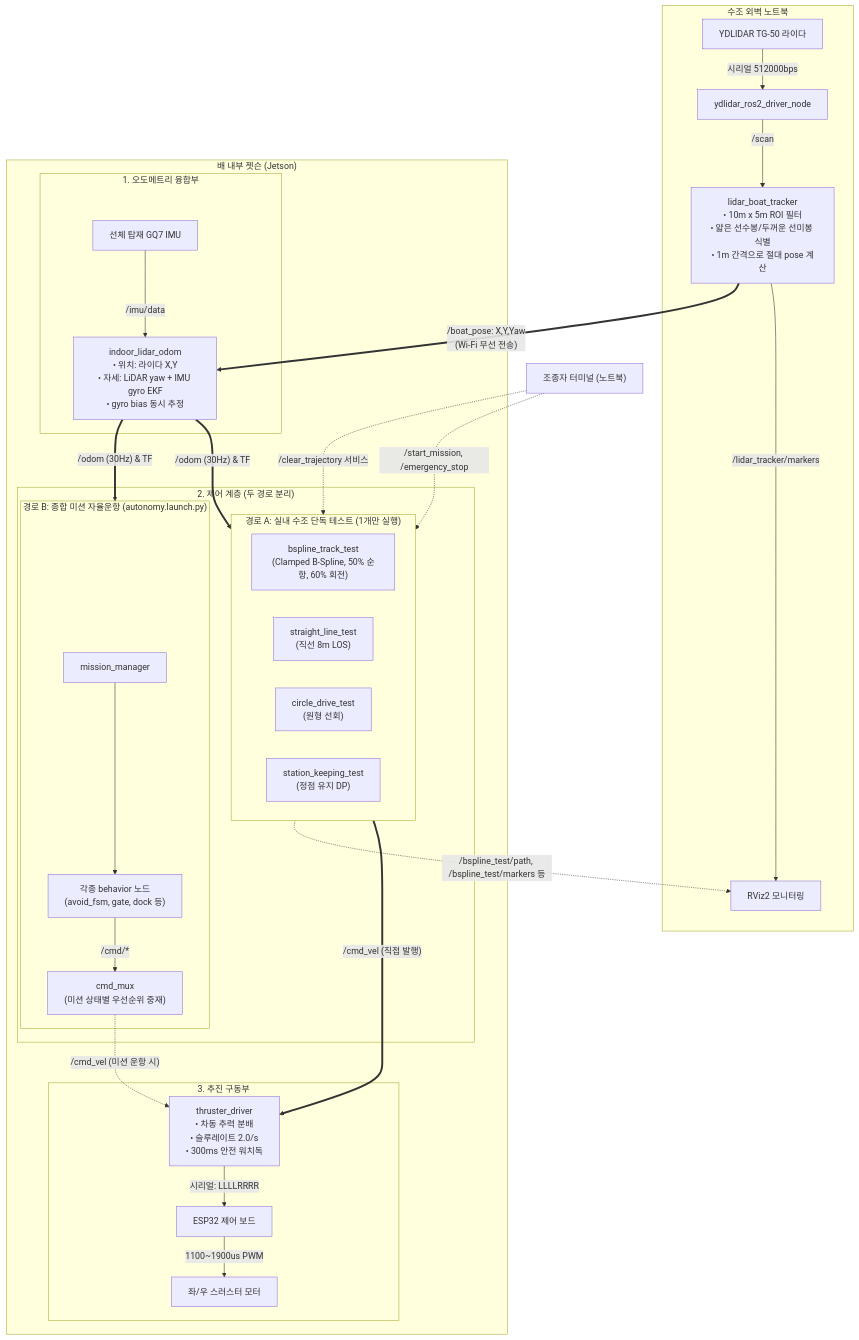
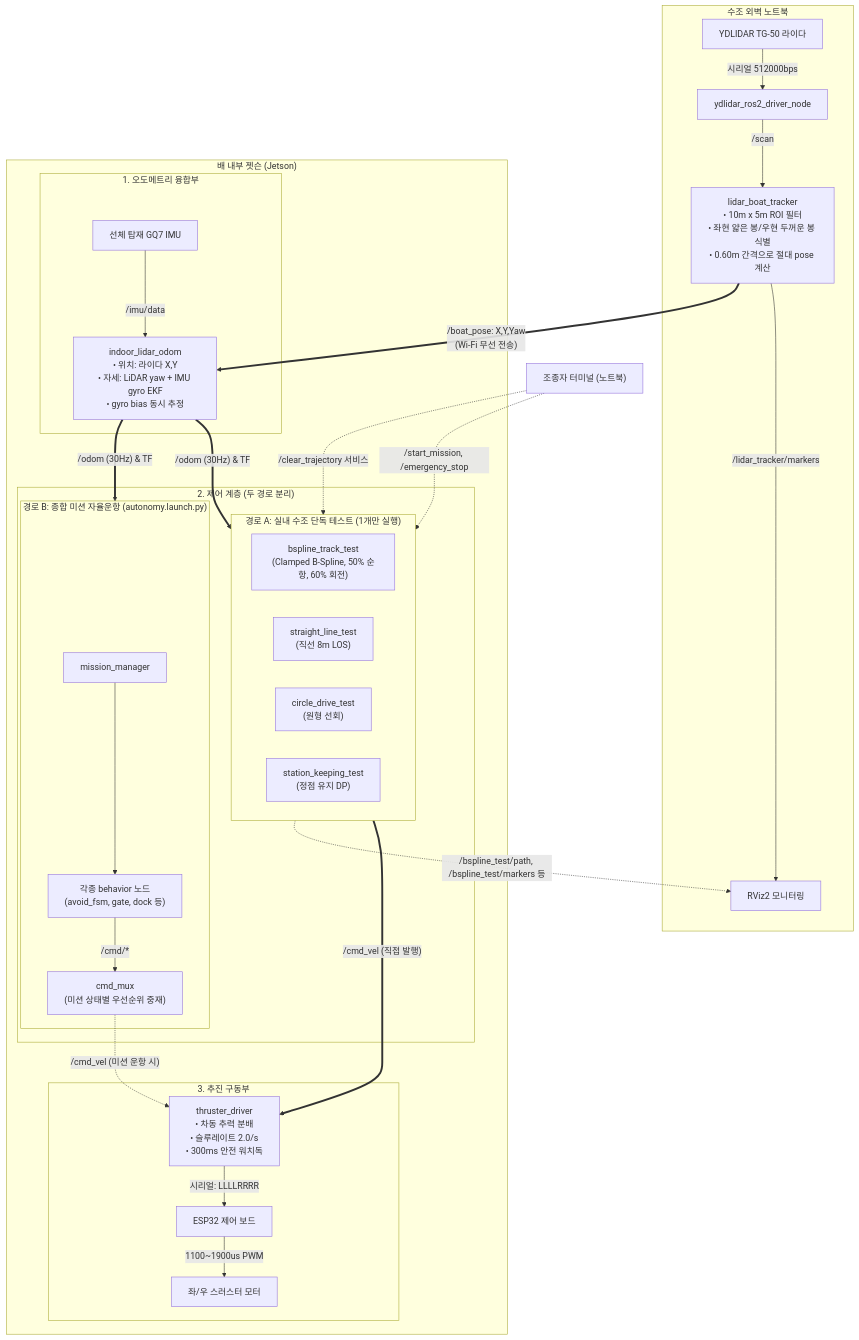
The diagram in SYSTEM_DATAFLOW.md (pegguiitar/kaboat_ws), drawn with Mermaid before and after one commit. The commit also changed other lines of this file and 11 other files, not shown here.

````diff
--- a/SYSTEM_DATAFLOW.md
+++ b/SYSTEM_DATAFLOW.md
@@ -64,46 +64,46 @@
 ```mermaid
 flowchart TD
     subgraph LAPTOP ["수조 외벽 노트북"]
         LidarHW["YDLIDAR TG-50 라이다"] -->|"시리얼 512000bps"| Driver["ydlidar_ros2_driver_node"]
-        Driver -->|"/scan"| Tracker["lidar_boat_tracker<br/>• 10m x 5m ROI 필터<br/>• 얇은 선수봉/두꺼운 선미봉 식별<br/>• 1m 간격으로 절대 pose 계산"]
+        Driver -->|"/scan"| Tracker["lidar_boat_tracker<br/>• 10m x 5m ROI 필터<br/>• 좌현 얇은 봉/우현 두꺼운 봉 식별<br/>• 0.60m 간격으로 절대 pose 계산"]
         Tracker -->|"/lidar_tracker/markers"| Rviz["RViz2 모니터링"]
     end
 
     Tracker ==>|"/boat_pose: X,Y,Yaw<br/>(Wi-Fi 무선 전송)"| OdomFusion
     UserCmd["조종자 터미널 (노트북)"] -.->|"/start_mission, /emergency_stop"| TestNodes
     UserCmd -.->|"/clear_trajectory 서비스"| TestNodes
 
     subgraph JETSON ["배 내부 젯슨 (Jetson)"]
         subgraph SENSORS ["1. 오도메트리 융합부"]
             IMU_HW["선체 탑재 GQ7 IMU"] -->|"/imu/data"| OdomFusion
             OdomFusion["indoor_lidar_odom<br/>• 위치: 라이다 X,Y<br/>• 자세: LiDAR yaw + IMU gyro EKF<br/>• gyro bias 동시 추정"]
         end
 
         OdomFusion ==>|"/odom (30Hz) & TF"| TestNodes
         OdomFusion ==>|"/odom (30Hz) & TF"| MissionAutonomy
 
         subgraph CONTROL ["2. 제어 계층 (두 경로 분리)"]
             subgraph TestNodes ["경로 A: 실내 수조 단독 테스트 (1개만 실행)"]
                 BsplineNode["bspline_track_test<br/>(Clamped B-Spline, 50% 순항, 60% 회전)"]
                 StraightNode["straight_line_test<br/>(직선 8m LOS)"]
                 CircleNode["circle_drive_test<br/>(원형 선회)"]
                 StationNode["station_keeping_test<br/>(정점 유지 DP)"]
             end
 
             subgraph MissionAutonomy ["경로 B: 종합 미션 자율운항 (autonomy.launch.py)"]
                 MissionMgr["mission_manager"] --> Behaviors["각종 behavior 노드<br/>(avoid_fsm, gate, dock 등)"]
                 Behaviors -->|"/cmd/*"| CmdMux["cmd_mux<br/>(미션 상태별 우선순위 중재)"]
             end
         end
 
         TestNodes ==>|"/cmd_vel (직접 발행)"| ThrusterNode
         TestNodes -.->|"/bspline_test/path, /bspline_test/markers 등"| Rviz
         CmdMux -.->|"/cmd_vel (미션 운항 시)"| ThrusterNode
 
         subgraph ACTUATION ["3. 추진 구동부"]
             ThrusterNode["thruster_driver<br/>• 차동 추력 분배<br/>• 슬루레이트 2.0/s<br/>• 300ms 안전 워치독"]
             ThrusterNode -->|"시리얼: LLLLRRRR\n"| ESP32["ESP32 제어 보드"]
             ESP32 -->|"1100~1900us PWM"| Motors["좌/우 스러스터 모터"]
         end
     end
 ```
````
